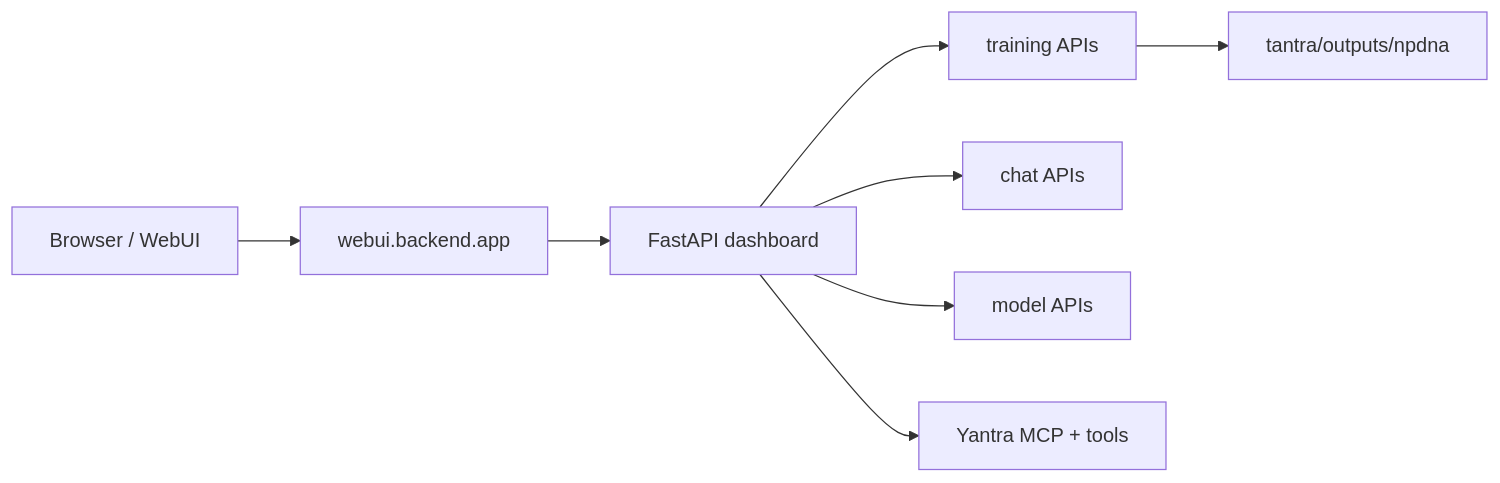
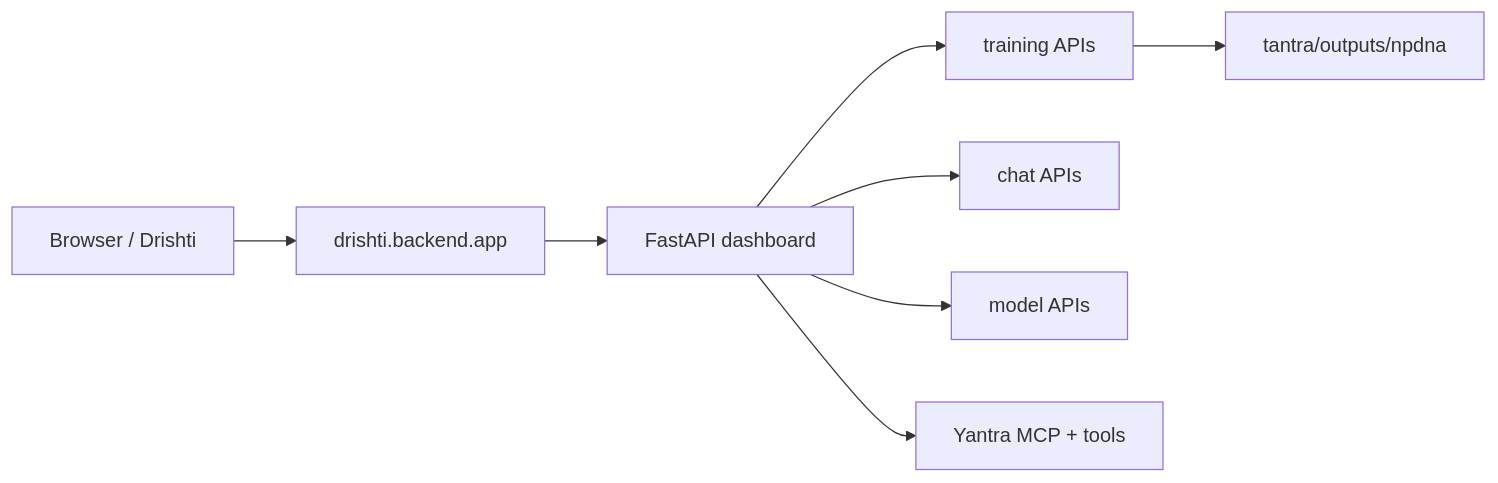
One commit to atulyaai/Atulya-Tantra changed the diagram in README.md. Above: the diagram before and after it, drawn with Mermaid. The commit also changed other lines of this file and 211 other files, not shown here.

````diff
--- a/README.md
+++ b/README.md
@@ -349,10 +389,10 @@
 ```mermaid
 flowchart LR
-    Browser["Browser / WebUI"] --> Backend["webui.backend.app"]
+    Browser["Browser / Drishti"] --> Backend["drishti.backend.app"]
     Backend --> App["FastAPI dashboard"]
     App --> Train["training APIs"]
     App --> Chat["chat APIs"]
     App --> Models["model APIs"]
     App --> Yantra["Yantra MCP + tools"]
     Train --> Outputs["tantra/outputs/npdna"]
 ```
````
